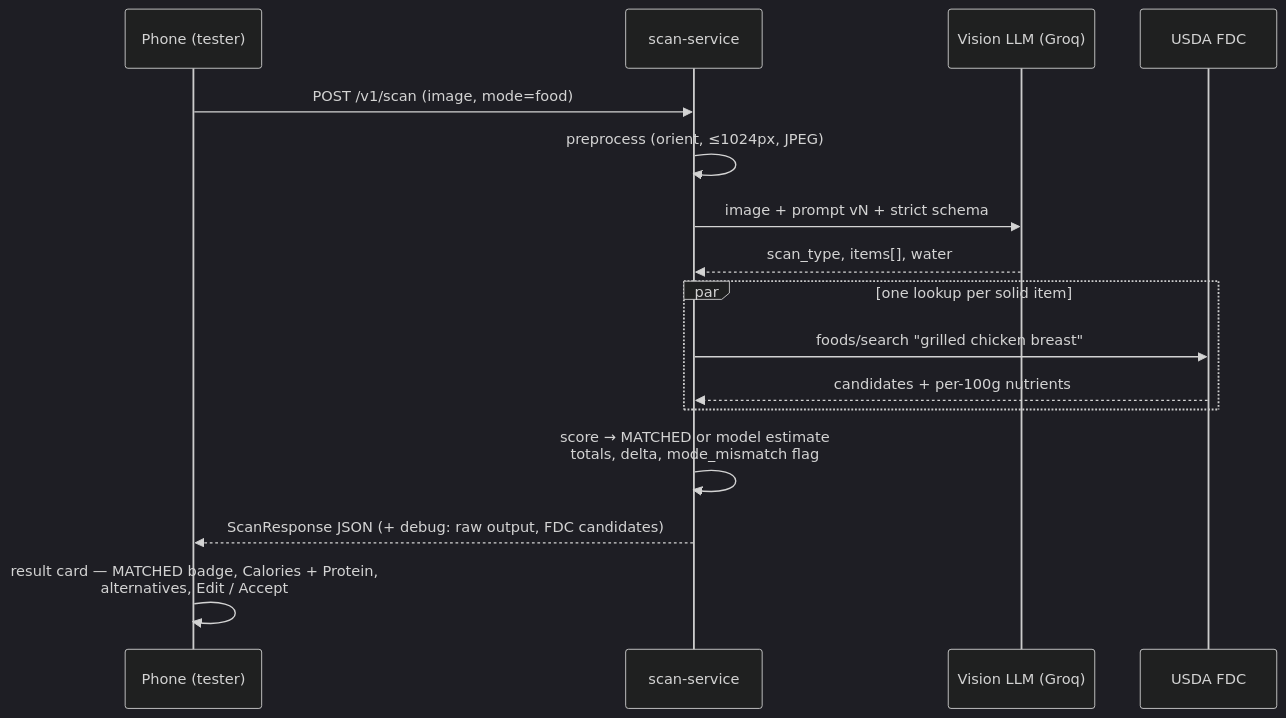
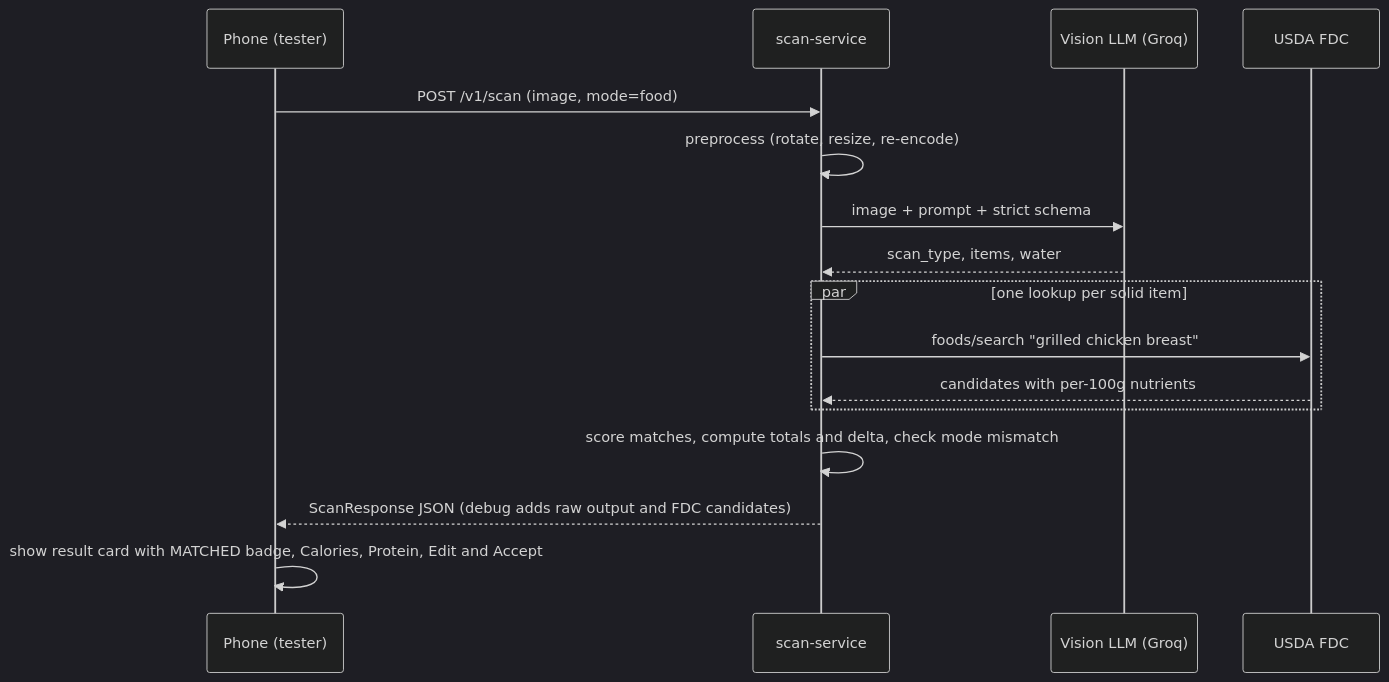
Before and after one commit to ashutoshanandmehta/Riva-Snap: the third of 4 diagrams in ARCHITECTURE.md, drawn with Mermaid (dark theme). The commit also changed other lines of this file and 1 other file, not shown here.

Commit message:
Rewrite architecture doc in plain prose

````diff
--- a/ARCHITECTURE.md
+++ b/ARCHITECTURE.md
@@ -84,19 +65,19 @@
 ```mermaid
 sequenceDiagram
     participant P as Phone (tester)
     participant S as scan-service
     participant V as Vision LLM (Groq)
     participant F as USDA FDC
 
     P->>S: POST /v1/scan (image, mode=food)
-    S->>S: preprocess (orient, ≤1024px, JPEG)
-    S->>V: image + prompt vN + strict schema
-    V-->>S: scan_type, items[], water
+    S->>S: preprocess (rotate, resize, re-encode)
+    S->>V: image + prompt + strict schema
+    V-->>S: scan_type, items, water
     par one lookup per solid item
         S->>F: foods/search "grilled chicken breast"
-        F-->>S: candidates + per-100g nutrients
+        F-->>S: candidates with per-100g nutrients
     end
-    S->>S: score → MATCHED or model estimate<br/>totals, delta, mode_mismatch flag
-    S-->>P: ScanResponse JSON (+ debug: raw output, FDC candidates)
-    P->>P: result card — MATCHED badge, Calories + Protein,<br/>alternatives, Edit / Accept
+    S->>S: score matches, compute totals and delta, check mode mismatch
+    S-->>P: ScanResponse JSON (debug adds raw output and FDC candidates)
+    P->>P: show result card with MATCHED badge, Calories, Protein, Edit and Accept
 ```
````
